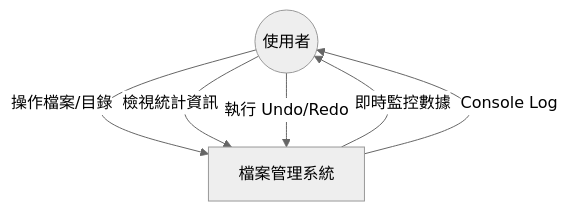
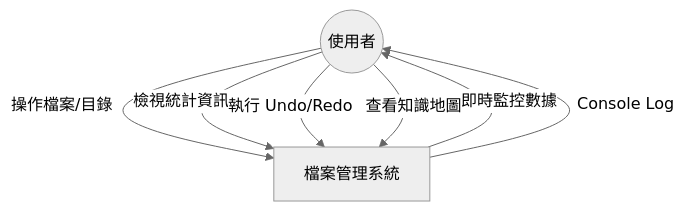
One commit to yestaro/design-patterns changed the first of 7 diagrams in spec.md. Above: the diagram before and after it, drawn with Mermaid (neutral theme). The commit also changed other lines of this file and 5 other files, not shown here.

Commit message:
feat: 新增用於展示設計模式程式碼、反思、路線圖與心智圖的 UI 元件，並更新相關文件。

````diff
--- a/spec.md
+++ b/spec.md
@@ -10,11 +10,12 @@
 ```mermaid
 graph TD
     User((使用者))
     FMS[檔案管理系統]
     
     User -->|操作檔案/目錄| FMS
     User -->|檢視統計資訊| FMS
     User -->|執行 Undo/Redo| FMS
+    User -->|查看知識地圖| FMS
     FMS -->|即時監控數據| User
     FMS -->|Console Log| User
 ```
````
